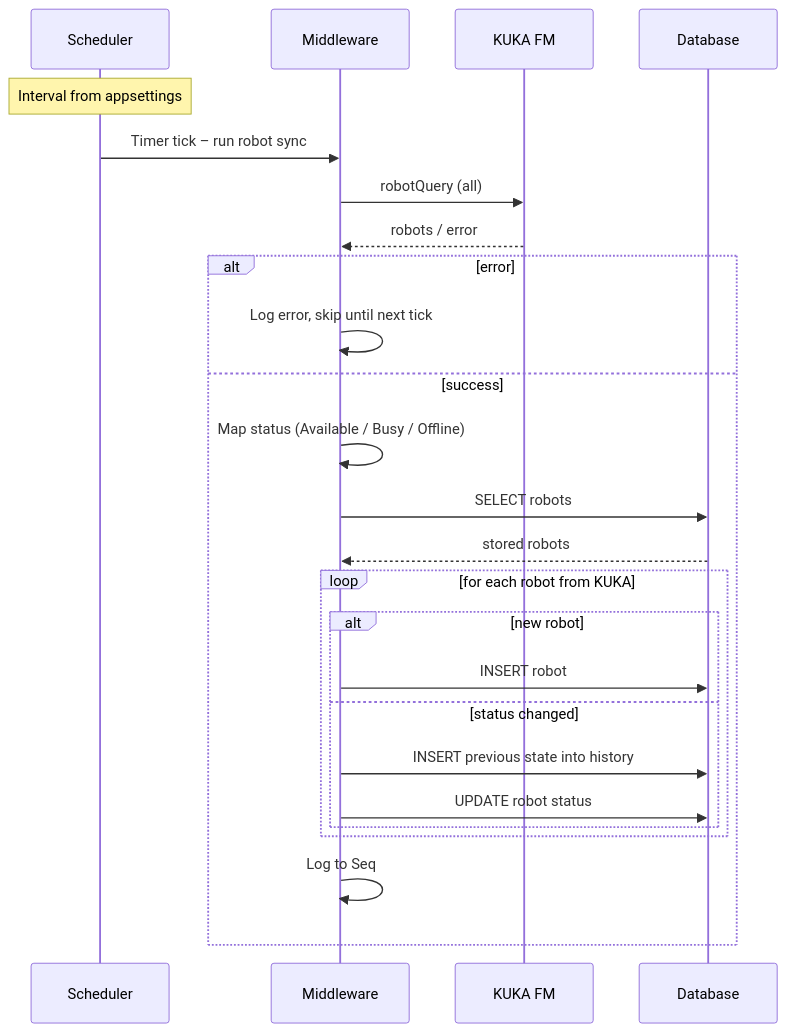
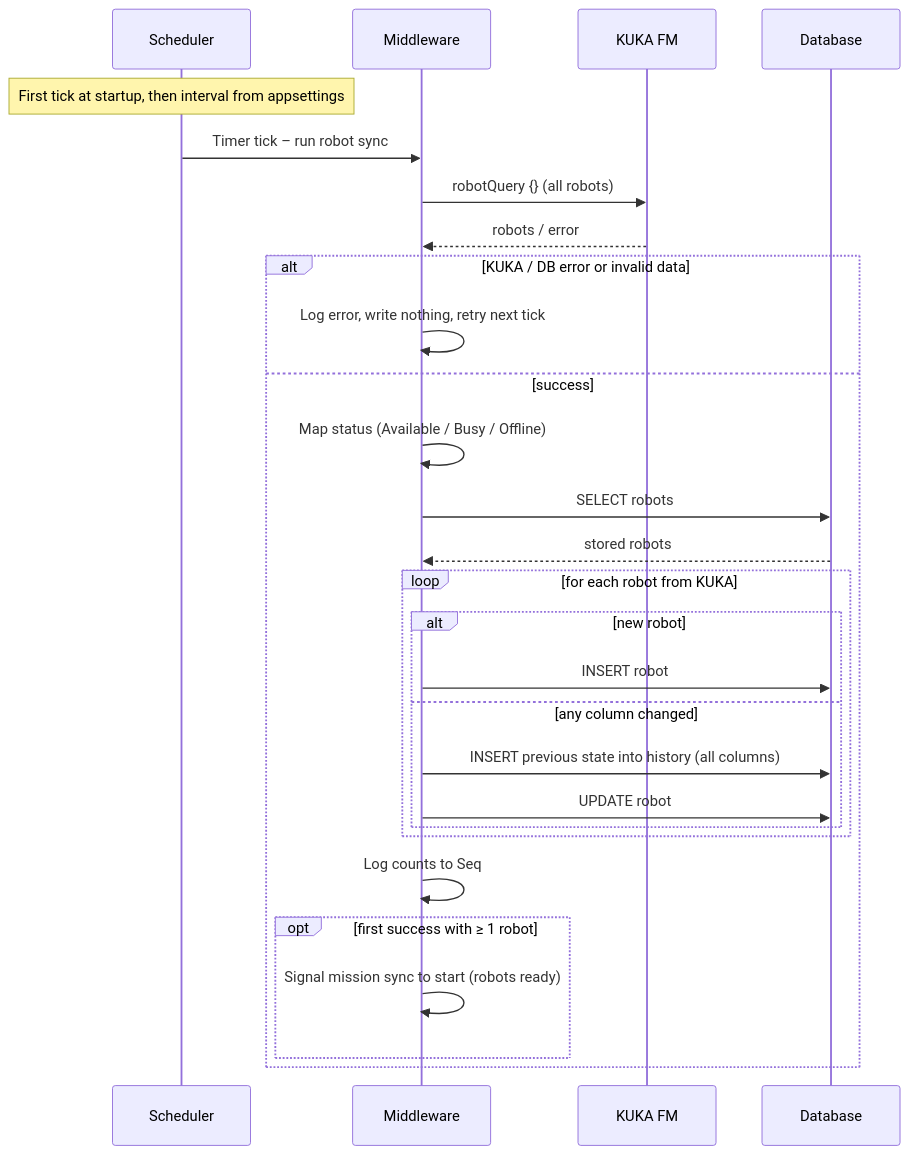
The eighth of 8 diagrams in documentation/specification.md (FEI-thridos/ITS), drawn with Mermaid before and after one commit. The commit also changed other lines of this file and 68 other files, not shown here.

````diff
--- a/documentation/specification.md
+++ b/documentation/specification.md
@@ -212,28 +244,31 @@
 ```mermaid
 sequenceDiagram
     participant SCH as Scheduler
     participant MW as Middleware
     participant KUKA as KUKA FM
     participant DB as Database
 
-    Note over SCH: Interval from appsettings
+    Note over SCH: First tick at startup, then interval from appsettings
     SCH->>MW: Timer tick – run robot sync
-    MW->>KUKA: robotQuery (all)
+    MW->>KUKA: robotQuery {} (all robots)
     KUKA-->>MW: robots / error
-    alt error
-        MW->>MW: Log error, skip until next tick
+    alt KUKA / DB error or invalid data
+        MW->>MW: Log error, write nothing, retry next tick
     else success
         MW->>MW: Map status (Available / Busy / Offline)
         MW->>DB: SELECT robots
         DB-->>MW: stored robots
         loop for each robot from KUKA
             alt new robot
                 MW->>DB: INSERT robot
-            else status changed
-                MW->>DB: INSERT previous state into history
-                MW->>DB: UPDATE robot status
+            else any column changed
+                MW->>DB: INSERT previous state into history (all columns)
+                MW->>DB: UPDATE robot
             end
         end
-        MW->>MW: Log to Seq
+        MW->>MW: Log counts to Seq
+        opt first success with ≥ 1 robot
+            MW->>MW: Signal mission sync to start (robots ready)
+        end
     end
 ```
````
